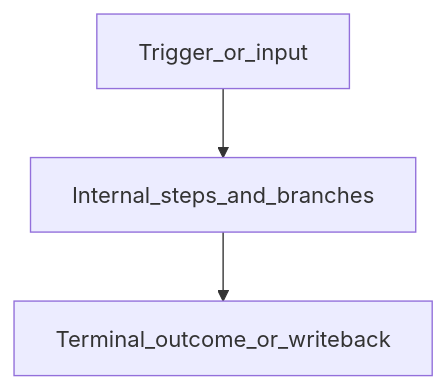
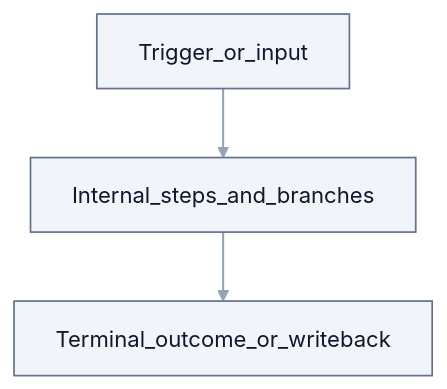
Before and after one commit to DanielaRosenn/uiplan-agent-of-agents: the first of 7 diagrams in templates/uiplan/_plan-template.md, drawn with Mermaid. The commit also changed other lines of this file and 12 other files, not shown here.

````diff
--- a/templates/uiplan/_plan-template.md
+++ b/templates/uiplan/_plan-template.md
@@ -129,5 +134,8 @@
 ```mermaid
 flowchart TD
   Trigger[Trigger_or_input] --> Work[Internal_steps_and_branches]
   Work --> Output[Terminal_outcome_or_writeback]
+  classDef node fill:#F1F5F9,stroke:#64748B,color:#0F172A,stroke-width:1.25px
+  class Trigger,Work,Output node
+  linkStyle default stroke:#94A3B8,stroke-width:1.5px
 ```
````
